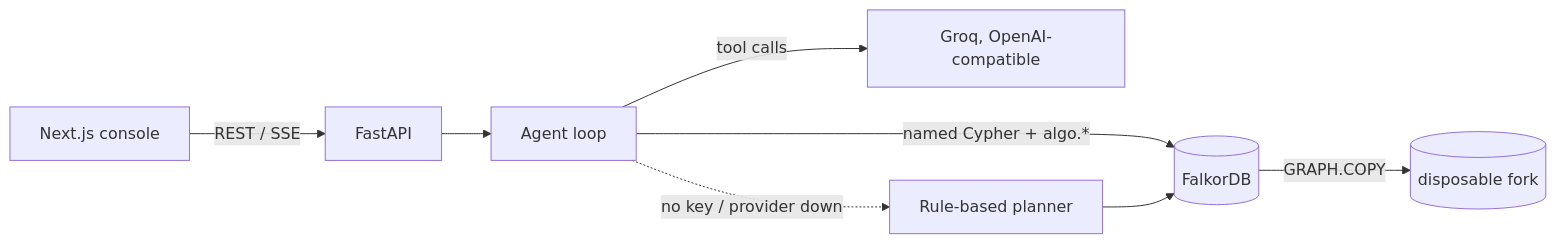
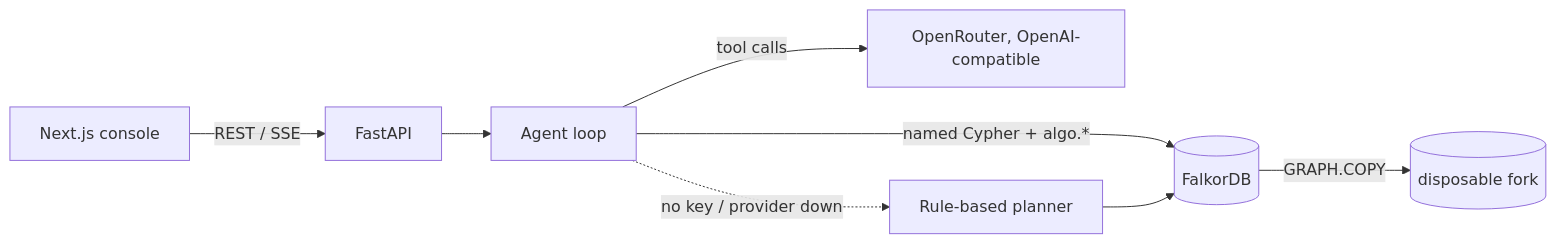
Before and after one commit to anirudhsgh7/graph-hacks: the diagram in backend/README.md, drawn with Mermaid. The commit also changed other lines of this file and 6 other files, not shown here.

First line of the commit message:
deploy(render): pin OpenRouter free models in the blueprint, sync docs

````diff
--- a/backend/README.md
+++ b/backend/README.md
@@ -53,10 +53,10 @@
 ```mermaid
 flowchart LR
   UI[Next.js console] -- REST / SSE --> API[FastAPI]
   API --> AGENT[Agent loop]
-  AGENT -- tool calls --> LLM[Groq, OpenAI-compatible]
+  AGENT -- tool calls --> LLM[OpenRouter, OpenAI-compatible]
   AGENT -- named Cypher + algo.* --> DB[(FalkorDB)]
   AGENT -. no key / provider down .-> RULES[Rule-based planner]
   RULES --> DB
   DB -- GRAPH.COPY --> FORK[(disposable fork)]
 ```
````
